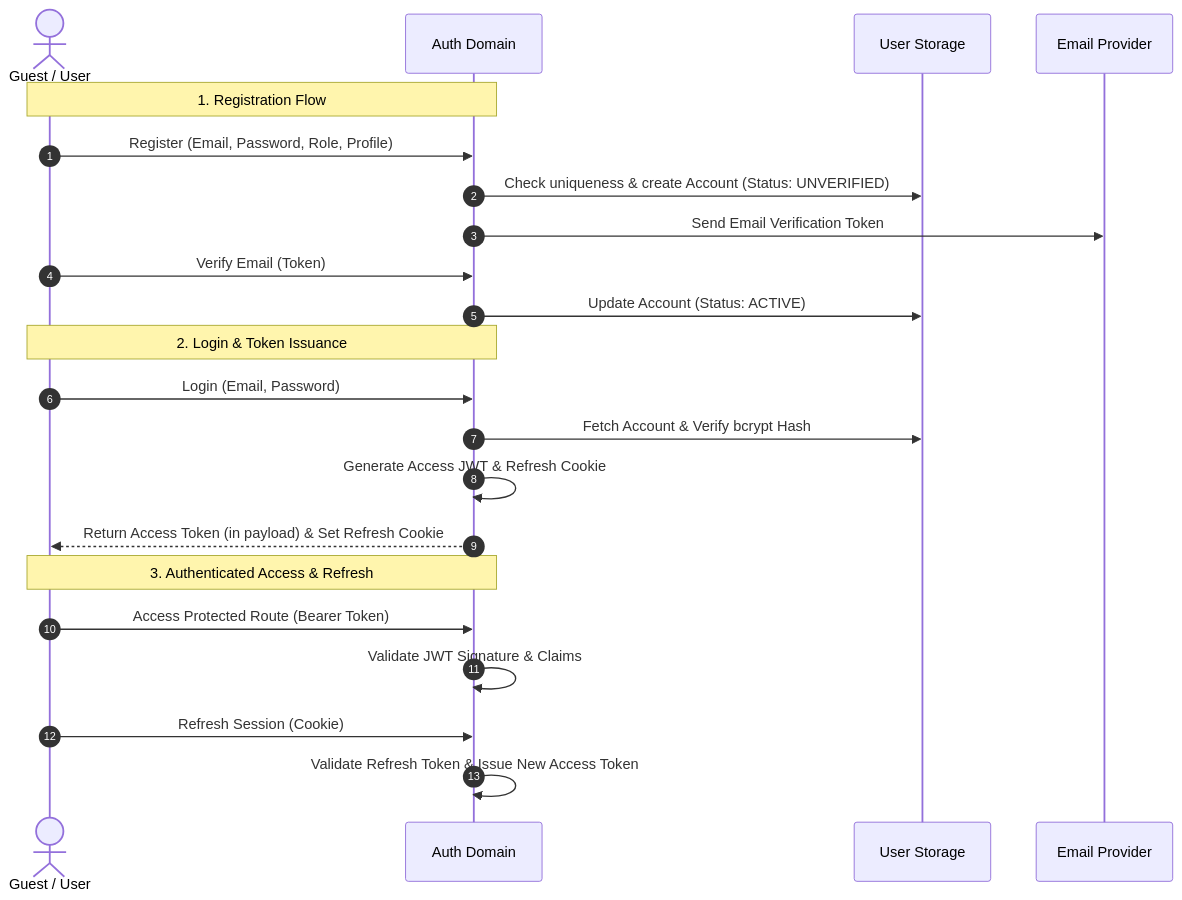
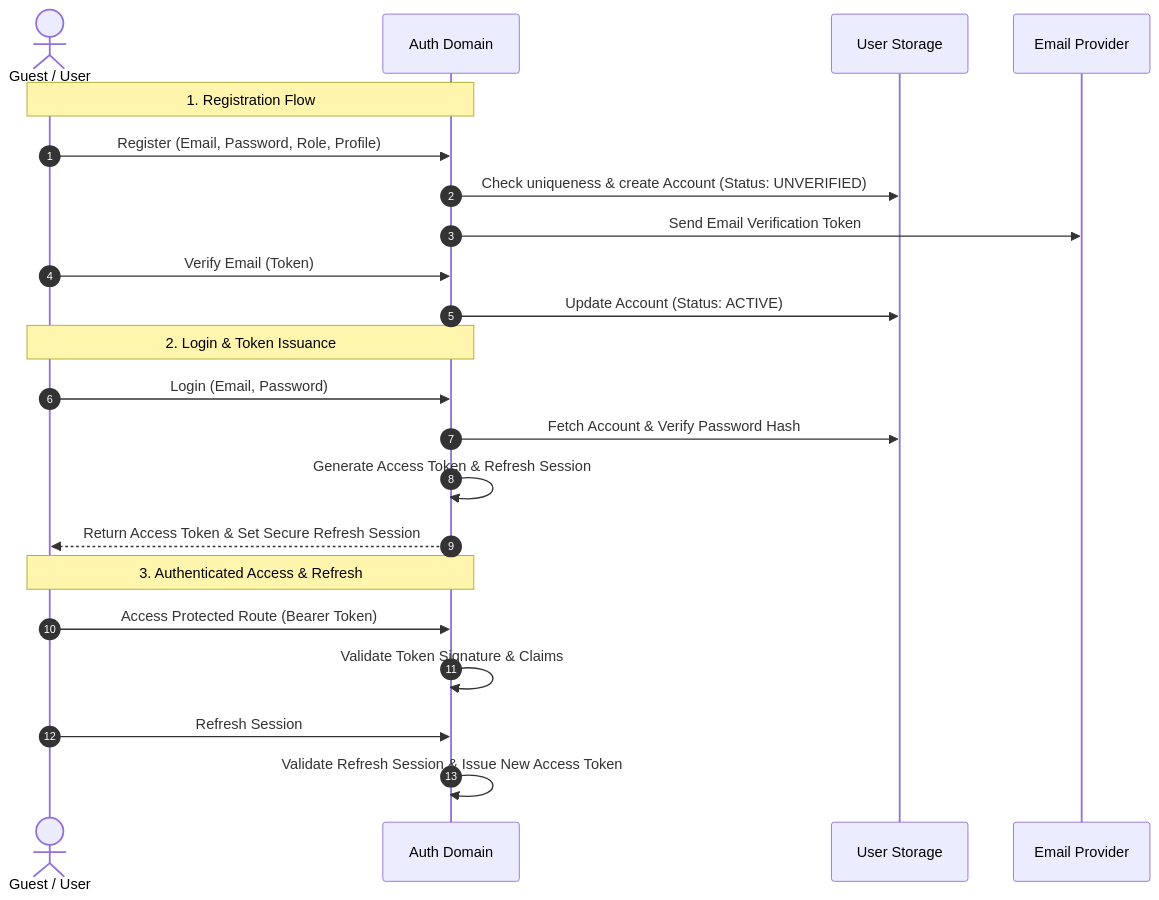
Before and after one commit to swp391-group3/ai-interview-practice-brain: the diagram in 01_Domains/Auth/README.md, drawn with Mermaid. The commit also changed other lines of this file and 17 other files, not shown here.

````diff
--- a/01_Domains/Auth/README.md
+++ b/01_Domains/Auth/README.md
@@ -53,27 +60,27 @@
 ```mermaid
 sequenceDiagram
     autonumber
     actor User as Guest / User
     participant Auth as Auth Domain
     participant DB as User Storage
     participant Mail as Email Provider
 
     Note over User,Auth: 1. Registration Flow
     User->>Auth: Register (Email, Password, Role, Profile)
     Auth->>DB: Check uniqueness & create Account (Status: UNVERIFIED)
     Auth->>Mail: Send Email Verification Token
     User->>Auth: Verify Email (Token)
     Auth->>DB: Update Account (Status: ACTIVE)
 
     Note over User,Auth: 2. Login & Token Issuance
     User->>Auth: Login (Email, Password)
-    Auth->>DB: Fetch Account & Verify bcrypt Hash
-    Auth->>Auth: Generate Access JWT & Refresh Cookie
-    Auth-->>User: Return Access Token (in payload) & Set Refresh Cookie
+    Auth->>DB: Fetch Account & Verify Password Hash
+    Auth->>Auth: Generate Access Token & Refresh Session
+    Auth-->>User: Return Access Token & Set Secure Refresh Session
 
     Note over User,Auth: 3. Authenticated Access & Refresh
     User->>Auth: Access Protected Route (Bearer Token)
-    Auth->>Auth: Validate JWT Signature & Claims
-    User->>Auth: Refresh Session (Cookie)
-    Auth->>Auth: Validate Refresh Token & Issue New Access Token
+    Auth->>Auth: Validate Token Signature & Claims
+    User->>Auth: Refresh Session
+    Auth->>Auth: Validate Refresh Session & Issue New Access Token
 ```
````
